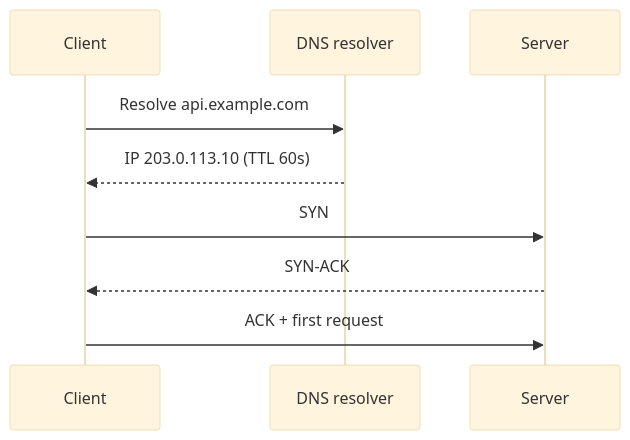
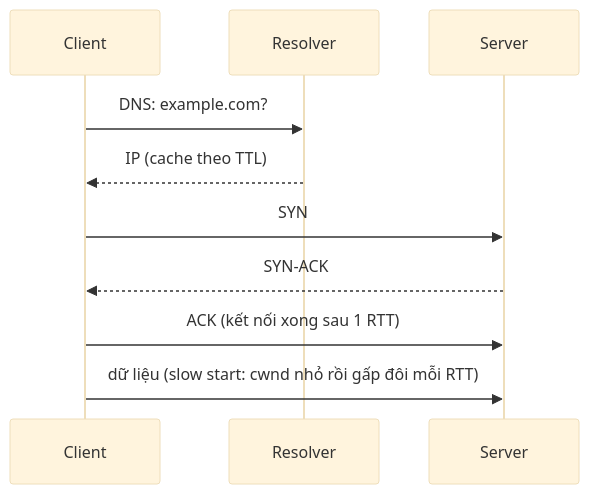
One commit to passion-Infinity/personal-tech-playbook changed the diagram in src/assets/knowledge/playbooks/fundamentals/networking-tcp-ip-dns.md. Above: the diagram before and after it, drawn with Mermaid (base theme). The commit also changed other lines of this file and 6 other files, not shown here.

````diff
--- a/src/assets/knowledge/playbooks/fundamentals/networking-tcp-ip-dns.md
+++ b/src/assets/knowledge/playbooks/fundamentals/networking-tcp-ip-dns.md
@@ -16,11 +35,12 @@
 ```mermaid
 sequenceDiagram
     participant C as Client
-    participant D as DNS resolver
+    participant R as Resolver
     participant S as Server
-    C->>D: Resolve api.example.com
-    D-->>C: IP 203.0.113.10 (TTL 60s)
+    C->>R: DNS: example.com?
+    R-->>C: IP (cache theo TTL)
     C->>S: SYN
     S-->>C: SYN-ACK
-    C->>S: ACK + first request
+    C->>S: ACK (kết nối xong sau 1 RTT)
+    C->>S: dữ liệu (slow start: cwnd nhỏ rồi gấp đôi mỗi RTT)
 ```
````
